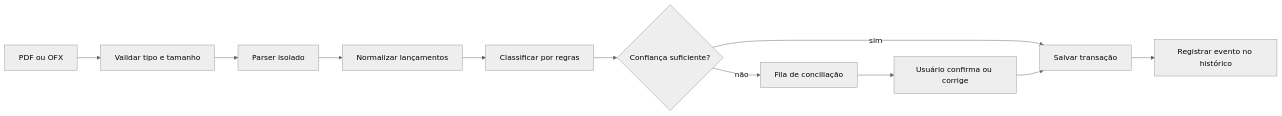
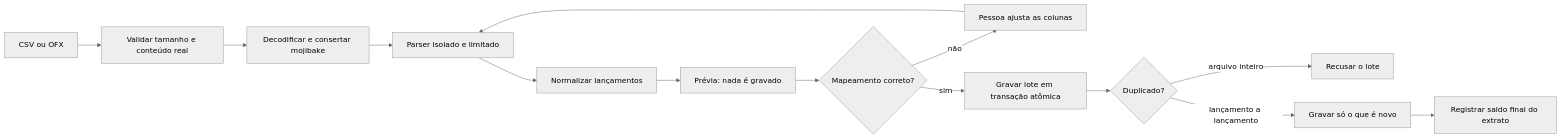
The second of 3 diagrams in docs/HOW-IT-WORKS.md (luizfelipe-pacifico/talentum), drawn with Mermaid (neutral theme) before and after one commit. The commit also changed other lines of this file and 49 other files, not shown here.

First line of the commit message:
feat(statements): end-to-end CSV and OFX import

````diff
--- a/docs/HOW-IT-WORKS.md
+++ b/docs/HOW-IT-WORKS.md
@@ -53,13 +58,16 @@
 ```mermaid
 flowchart LR
-    F[PDF ou OFX] --> V[Validar tipo e tamanho]
-    V --> P[Parser isolado]
+    F[CSV ou OFX] --> V[Validar tamanho e conteúdo real]
+    V --> D[Decodificar e consertar mojibake]
+    D --> P[Parser isolado e limitado]
     P --> N[Normalizar lançamentos]
-    N --> C[Classificar por regras]
-    C --> Q{Confiança suficiente?}
-    Q -- sim --> S[Salvar transação]
-    Q -- não --> T[Fila de conciliação]
-    T --> A[Usuário confirma ou corrige]
-    A --> S
-    S --> H[Registrar evento no histórico]
+    N --> R[Prévia: nada é gravado]
+    R --> U{Mapeamento correto?}
+    U -- não --> A[Pessoa ajusta as colunas]
+    A --> P
+    U -- sim --> G[Gravar lote em transação atômica]
+    G --> Q{Duplicado?}
+    Q -- arquivo inteiro --> X[Recusar o lote]
+    Q -- lançamento a lançamento --> S[Gravar só o que é novo]
+    S --> B[Registrar saldo final do extrato]
 ```
````
